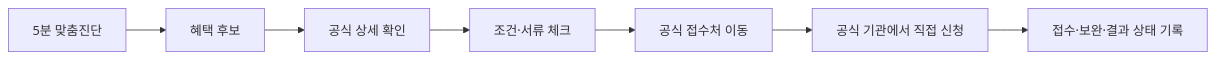
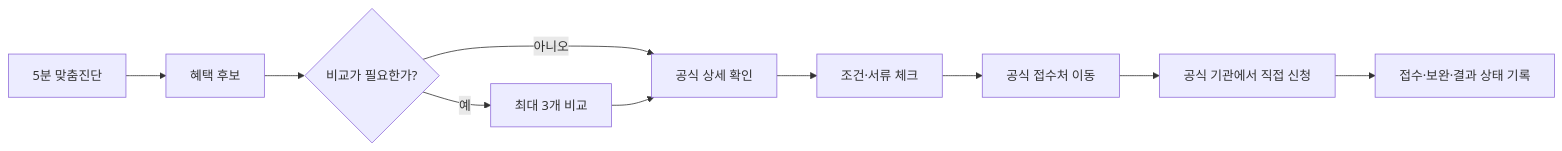
Before and after one commit to boclair98/ansimlife: the diagram in README.md, drawn with Mermaid. The commit also changed other lines of this file and 3 other files, not shown here.

````diff
--- a/README.md
+++ b/README.md
@@ -126,9 +129,12 @@
 ```mermaid
 flowchart LR
     A[5분 맞춤진단] --> B[혜택 후보]
-    B --> C[공식 상세 확인]
-    C --> D[조건·서류 체크]
-    D --> E[공식 접수처 이동]
-    E --> F[공식 기관에서 직접 신청]
-    F --> G[접수·보완·결과 상태 기록]
+    B --> C{비교가 필요한가?}
+    C -->|예| D[최대 3개 비교]
+    C -->|아니오| E[공식 상세 확인]
+    D --> E
+    E --> F[조건·서류 체크]
+    F --> G[공식 접수처 이동]
+    G --> H[공식 기관에서 직접 신청]
+    H --> I[접수·보완·결과 상태 기록]
 ```
````
